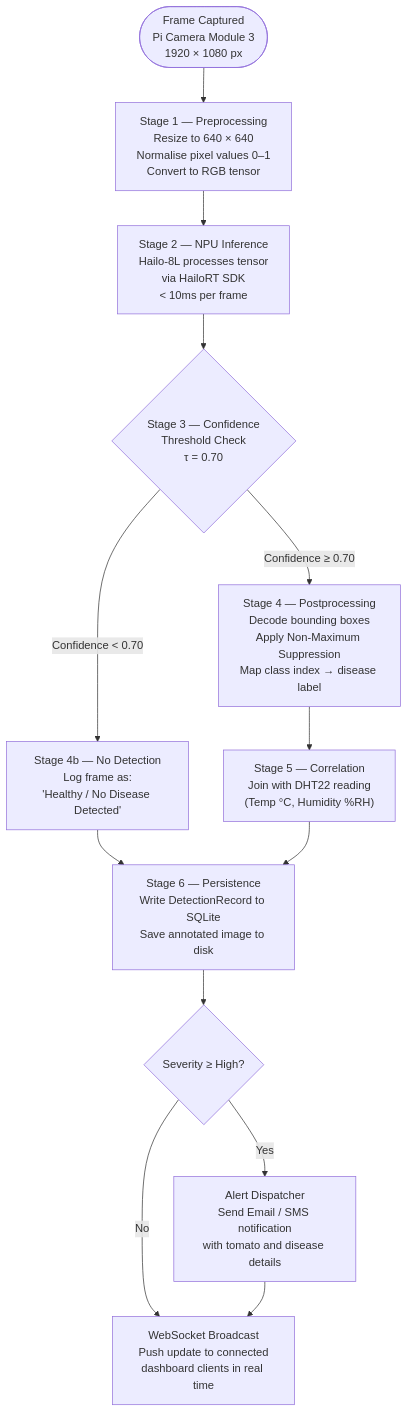
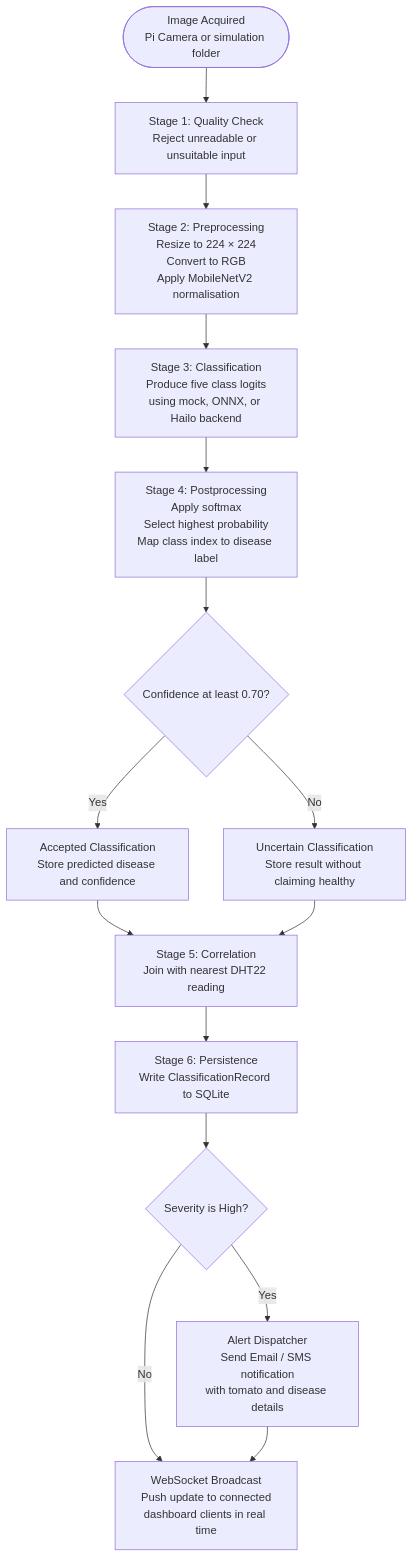
Before and after one commit to thetruesammyjay/IoT-System-for-Disease-Detection-in-Crops: the fourth of 10 diagrams in README.md, drawn with Mermaid. The commit also changed other lines of this file, not shown here.

Commit message:
tomato only, five class MobileNetV2 Classification

````diff
--- a/README.md
+++ b/README.md
@@ -361,27 +369,31 @@
 ```mermaid
 flowchart TD
-    A(["Frame Captured\nPi Camera Module 3\n1920 × 1080 px"])
-    B["Stage 1 — Preprocessing\nResize to 640 × 640\nNormalise pixel values 0–1\nConvert to RGB tensor"]
-    C["Stage 2 — NPU Inference\nHailo-8L processes tensor\nvia HailoRT SDK\n< 10ms per frame"]
-    D{"Stage 3 — Confidence\nThreshold Check\nτ = 0.70"}
-    E["Stage 4 — Postprocessing\nDecode bounding boxes\nApply Non-Maximum Suppression\nMap class index → disease label"]
-    F["Stage 4b — No Detection\nLog frame as:\n'Healthy / No Disease Detected'"]
-    G["Stage 5 — Correlation\nJoin with DHT22 reading\n(Temp °C, Humidity %RH)"]
-    H["Stage 6 — Persistence\nWrite DetectionRecord to SQLite\nSave annotated image to disk"]
-    I{"Severity ≥ High?"}
+    A(["Image Acquired\nPi Camera or simulation folder"])
+    B["Stage 1: Quality Check\nReject unreadable or unsuitable input"]
+    C["Stage 2: Preprocessing\nResize to 224 × 224\nConvert to RGB\nApply MobileNetV2 normalisation"]
+    D["Stage 3: Classification\nProduce five class logits\nusing mock, ONNX, or Hailo backend"]
+    E["Stage 4: Postprocessing\nApply softmax\nSelect highest probability\nMap class index to disease label"]
+    F{"Confidence at least 0.70?"}
+    G["Accepted Classification\nStore predicted disease and confidence"]
+    H["Uncertain Classification\nStore result without claiming healthy"]
+    I["Stage 5: Correlation\nJoin with nearest DHT22 reading"]
+    P["Stage 6: Persistence\nWrite ClassificationRecord to SQLite"]
+    Q{"Severity is High?"}
     J["Alert Dispatcher\nSend Email / SMS notification\nwith tomato and disease details"]
     K["WebSocket Broadcast\nPush update to connected\ndashboard clients in real time"]
 
     A --> B
     B --> C
     C --> D
-    D -- "Confidence ≥ 0.70" --> E
-    D -- "Confidence < 0.70" --> F
-    E --> G
-    F --> H
-    G --> H
+    D --> E
+    E --> F
+    F -- "Yes" --> G
+    F -- "No" --> H
+    G --> I
     H --> I
-    I -- "Yes" --> J
-    I -- "No" --> K
+    I --> P
+    P --> Q
+    Q -- "Yes" --> J
+    Q -- "No" --> K
     J --> K
 ```
````
